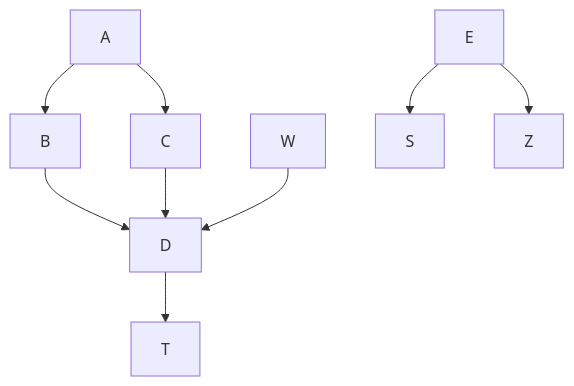
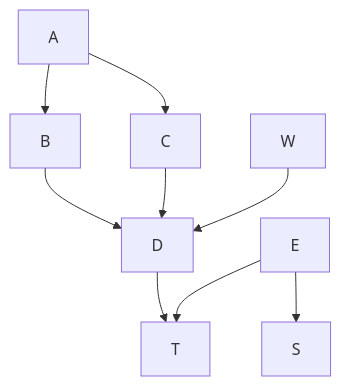
One commit to neenjaw/mermaid-markdown-test changed the first of 2 diagrams in test/flow_inline.md. Above: the diagram before and after it, drawn with Mermaid. The commit also changed other lines of this file and 1 other file, not shown here.

````diff
--- a/test/flow_inline.md
+++ b/test/flow_inline.md
@@ -10,11 +5,11 @@
 ```mermaid
 graph TD;
     A-->B;
     A-->C;
     B-->D;
     C-->D;
     W-->D;
     E-->S;
     D-->T;
-    E-->Z;
+    E-->T;
 ```
````
